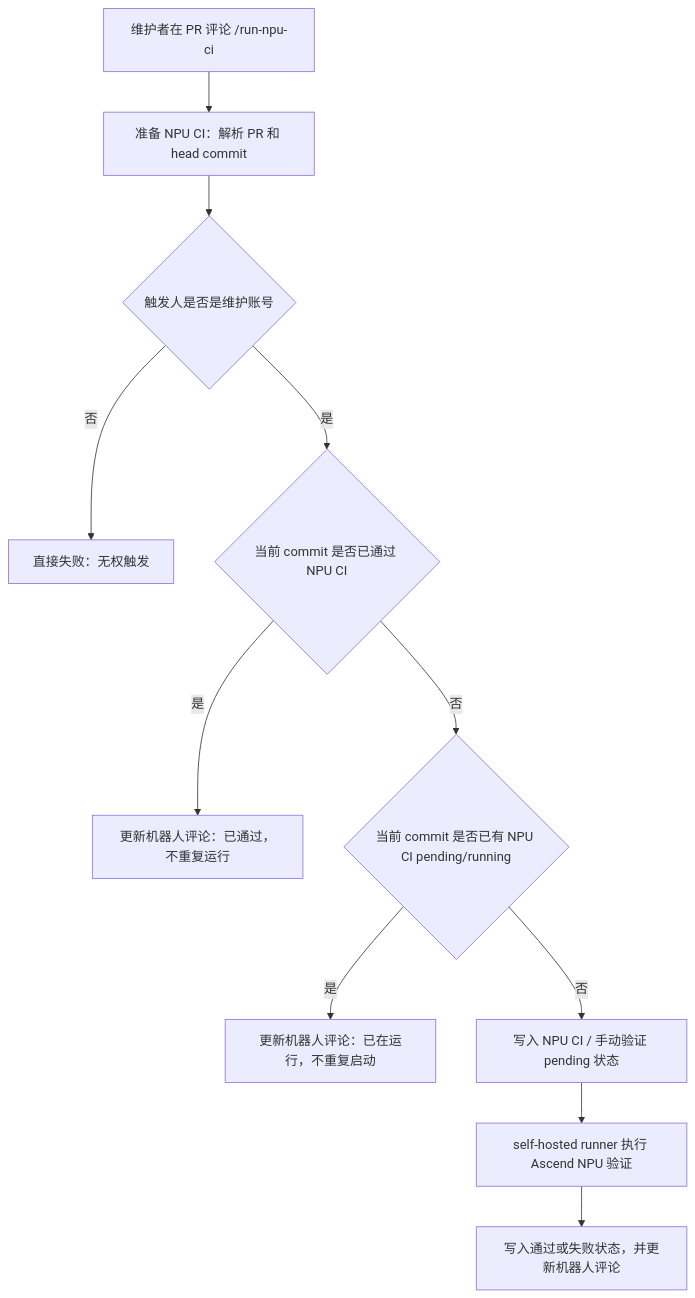
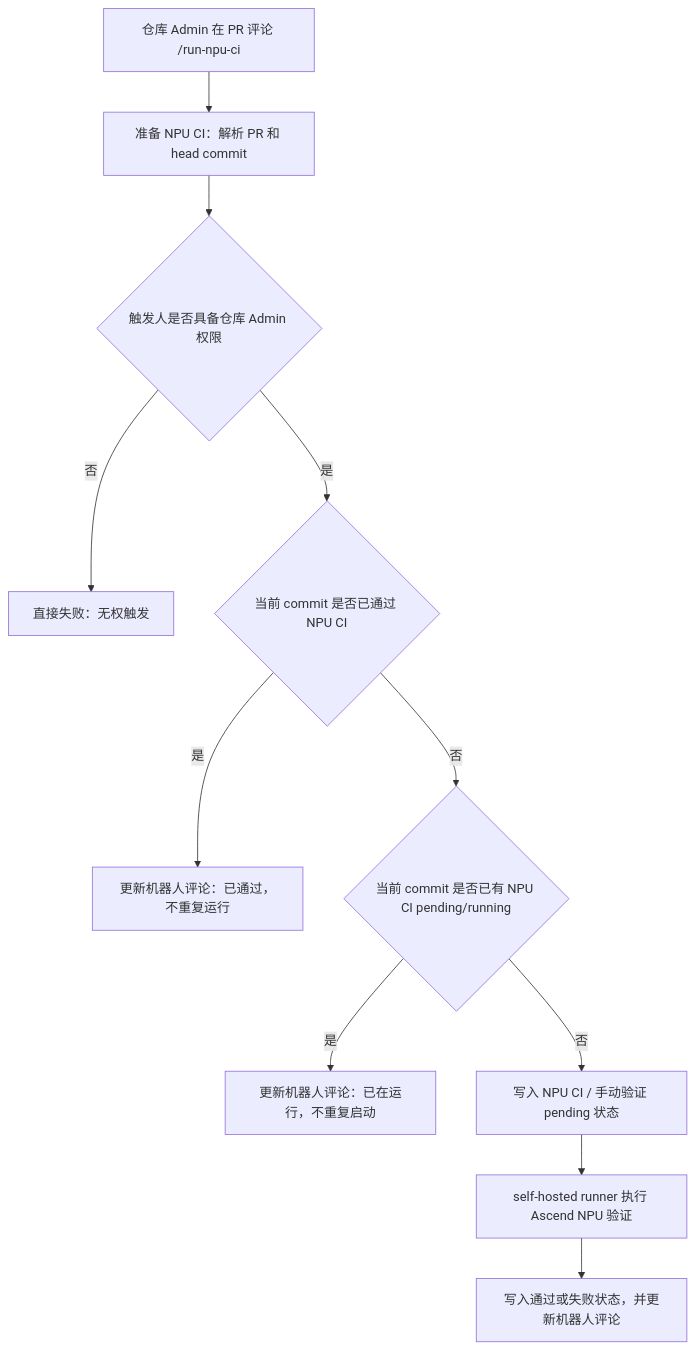
The second of 4 diagrams in docs/Fla-npu仓CI部署教程.md (ZhangYi2026/flash-linear-attention-npu), drawn with Mermaid before and after one commit. The commit also changed other lines of this file and 7 other files, not shown here.

````diff
--- a/docs/Fla-npu仓CI部署教程.md
+++ b/docs/Fla-npu仓CI部署教程.md
@@ -63,13 +63,13 @@
 ```mermaid
 flowchart TD
-    A["维护者在 PR 评论 /run-npu-ci"] --> B["准备 NPU CI：解析 PR 和 head commit"]
-    B --> C{"触发人是否是维护账号"}
+    A["仓库 Admin 在 PR 评论 /run-npu-ci"] --> B["准备 NPU CI：解析 PR 和 head commit"]
+    B --> C{"触发人是否具备仓库 Admin 权限"}
     C -- "否" --> D["直接失败：无权触发"]
     C -- "是" --> E{"当前 commit 是否已通过 NPU CI"}
     E -- "是" --> F["更新机器人评论：已通过，不重复运行"]
     E -- "否" --> G{"当前 commit 是否已有 NPU CI pending/running"}
     G -- "是" --> H["更新机器人评论：已在运行，不重复启动"]
     G -- "否" --> I["写入 NPU CI / 手动验证 pending 状态"]
     I --> J["self-hosted runner 执行 Ascend NPU 验证"]
     J --> K["写入通过或失败状态，并更新机器人评论"]
 ```
````
